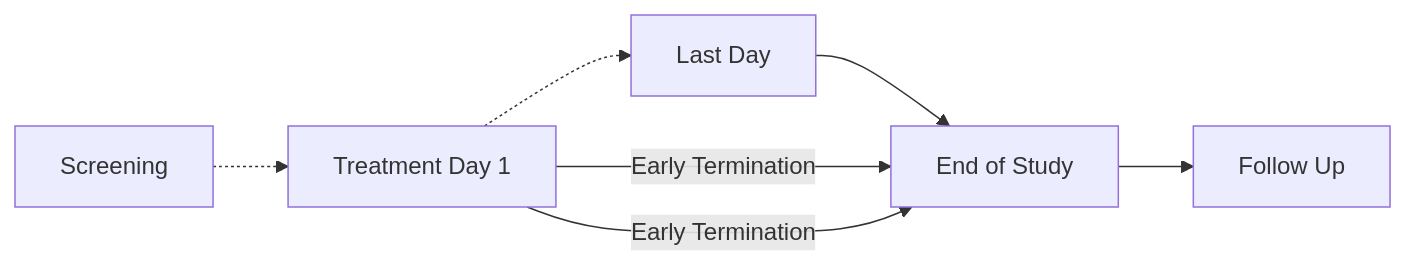
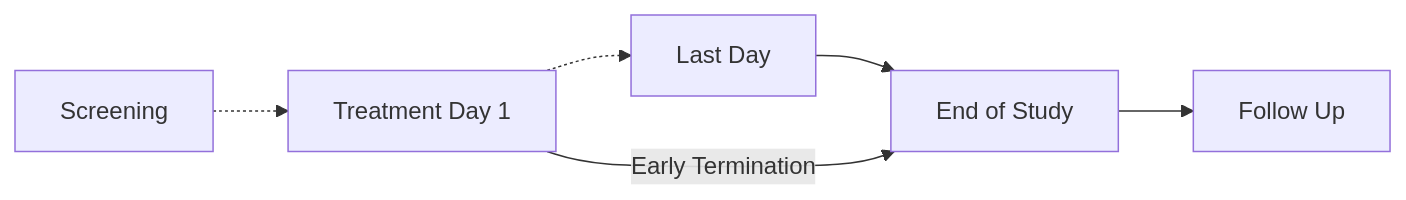
One commit to HL7/Vulcan-schedule-ig changed the second of 4 diagrams in input/pagecontent/dynamic-visit-plans.md. Above: the diagram before and after it, drawn with Mermaid. The commit also changed other lines of this file and 3 other files, not shown here.

````diff
--- a/input/pagecontent/dynamic-visit-plans.md
+++ b/input/pagecontent/dynamic-visit-plans.md
@@ -79,14 +86,13 @@
 ```mermaid
 graph LR;
   StudyVisit01[Screening]
   StudyVisit03Day1[Treatment Day 1]
   StudyVisit04Day15[Last Day]
   StudyVisitEoS[End of Study]
   StudyVisitFollowUp[Follow Up]
   StudyVisit01-.->StudyVisit03Day1
   StudyVisit03Day1-.->StudyVisit04Day15
   StudyVisit04Day15-->StudyVisitEoS
   StudyVisitEoS-->StudyVisitFollowUp
   StudyVisit03Day1--Early Termination-->StudyVisitEoS
-  StudyVisit03Day1--Early Termination-->StudyVisitEoS
 ```
````
